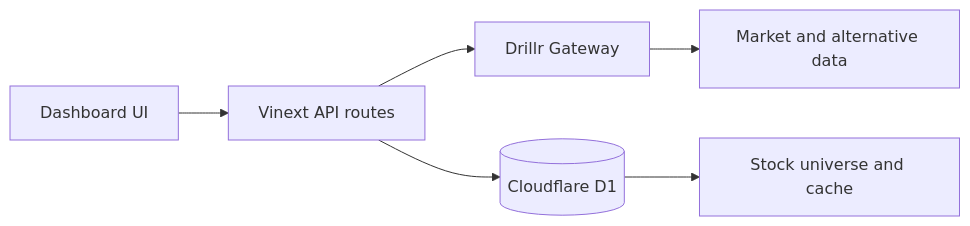
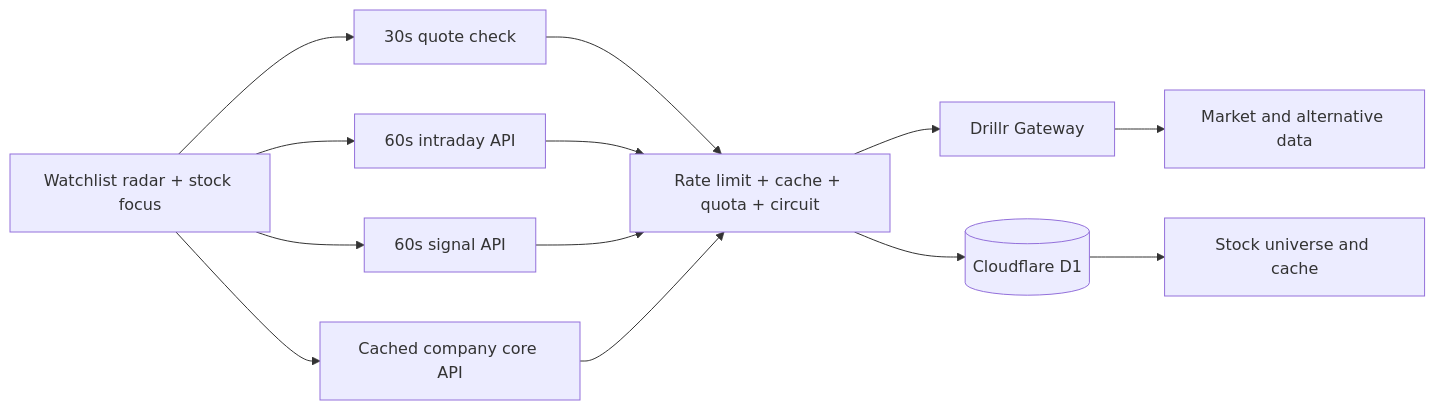
Before and after one commit to huluwa2026/drillr-market-dashboard: the diagram in README.md, drawn with Mermaid. The commit also changed other lines of this file and 39 other files, not shown here.

````diff
--- a/README.md
+++ b/README.md
@@ -31,8 +30,12 @@
 ```mermaid
 flowchart LR
-    Browser[Dashboard UI] --> API[Vinext API routes]
-    API --> Gateway[Drillr Gateway]
-    API --> D1[(Cloudflare D1)]
+    Browser[Watchlist radar + stock focus] --> Live[30s quote check]
+    Browser --> Intraday[60s intraday API]
+    Browser --> Signals[60s signal API]
+    Browser --> Core[Cached company core API]
+    Live & Intraday & Signals & Core --> Guard[Rate limit + cache + quota + circuit]
+    Guard --> Gateway[Drillr Gateway]
+    Guard --> D1[(Cloudflare D1)]
     Gateway --> Markets[Market and alternative data]
     D1 --> Universe[Stock universe and cache]
 ```
````
